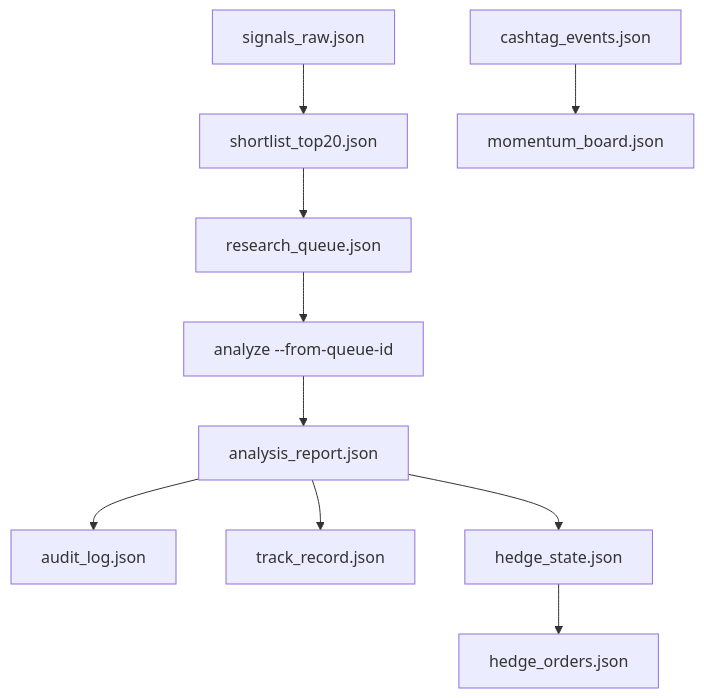
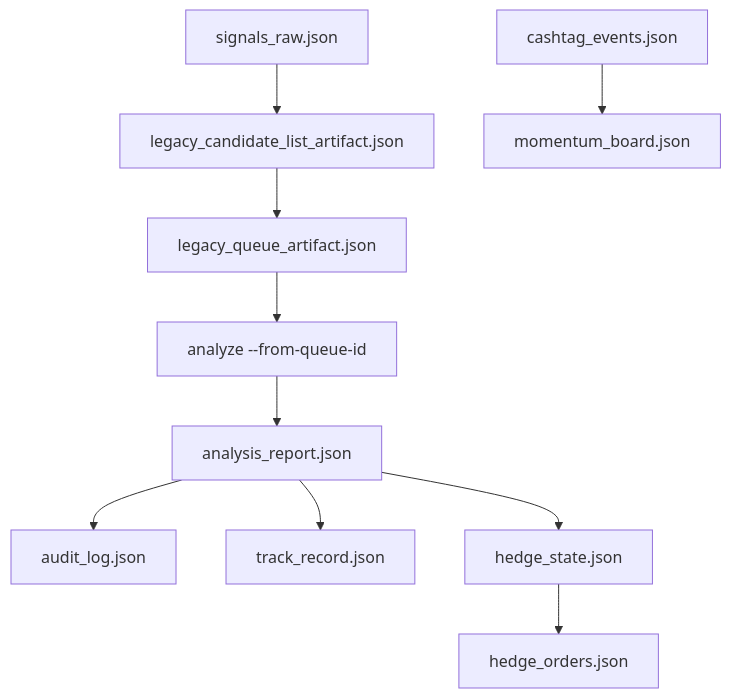
One commit to VPAeternus/Aeternus changed the sixth of 7 diagrams in memory/archive/DeepWiki_System_Architecture.md. Above: the diagram before and after it, drawn with Mermaid. The commit also changed other lines of this file and 3604 other files, not shown here.

````diff
--- a/memory/archive/DeepWiki_System_Architecture.md
+++ b/memory/archive/DeepWiki_System_Architecture.md
@@ -286,12 +286,12 @@
 ```mermaid
 flowchart TD
-    A["signals_raw.json"] --> B["shortlist_top20.json"]
+    A["signals_raw.json"] --> B["legacy_candidate_list_artifact.json"]
     C["cashtag_events.json"] --> D["momentum_board.json"]
-    B --> E["research_queue.json"]
+    B --> E["legacy_queue_artifact.json"]
     E --> F["analyze --from-queue-id"]
     F --> G["analysis_report.json"]
     G --> H["audit_log.json"]
     G --> I["track_record.json"]
     G --> J["hedge_state.json"]
     J --> K["hedge_orders.json"]
 ```
````
